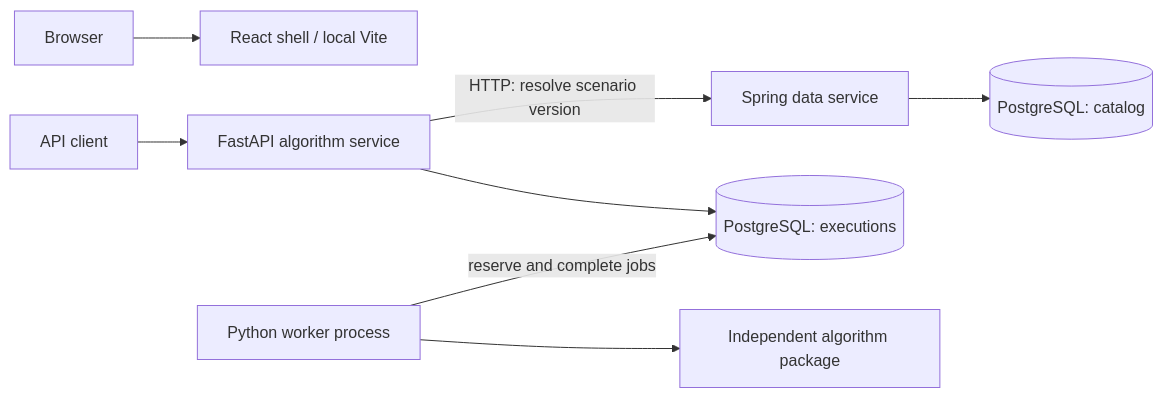
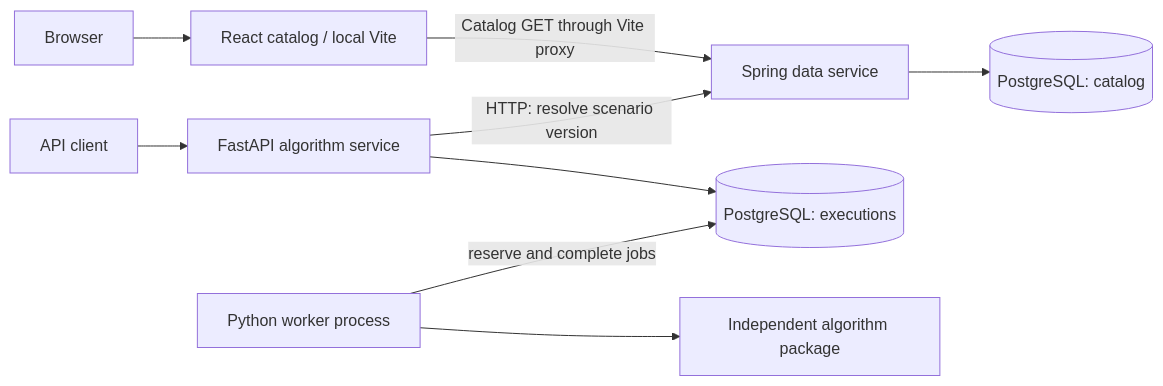
One commit to eseidinger/algorithms changed the diagram in docs/architecture/components-and-runtime.md. Above: the diagram before and after it, drawn with Mermaid. The commit also changed other lines of this file and 12 other files, not shown here.

Commit message:
feat: connect React catalog to Spring with validated queries

````diff
--- a/docs/architecture/components-and-runtime.md
+++ b/docs/architecture/components-and-runtime.md
@@ -9,10 +9,11 @@
 ```mermaid
 flowchart LR
-    Browser[Browser] --> Web[React shell / local Vite]
+    Browser[Browser] --> Web[React catalog / local Vite]
     Client[API client] --> API[FastAPI algorithm service]
     API -->|HTTP: resolve scenario version| Spring[Spring data service]
+    Web -->|Catalog GET through Vite proxy| Spring
     Spring --> Catalog[(PostgreSQL: catalog)]
     API --> Jobs[(PostgreSQL: executions)]
     Worker[Python worker process] -->|reserve and complete jobs| Jobs
     Worker --> Core[Independent algorithm package]
 ```
````
